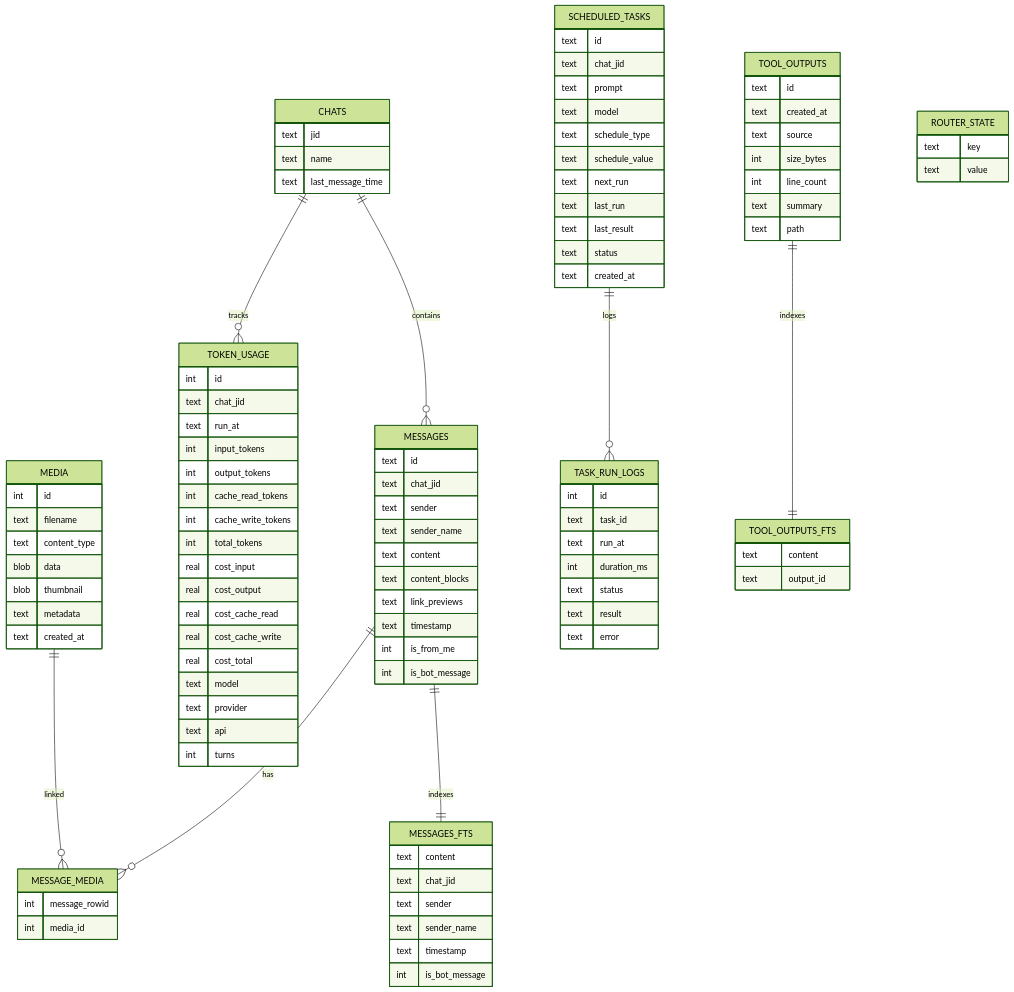
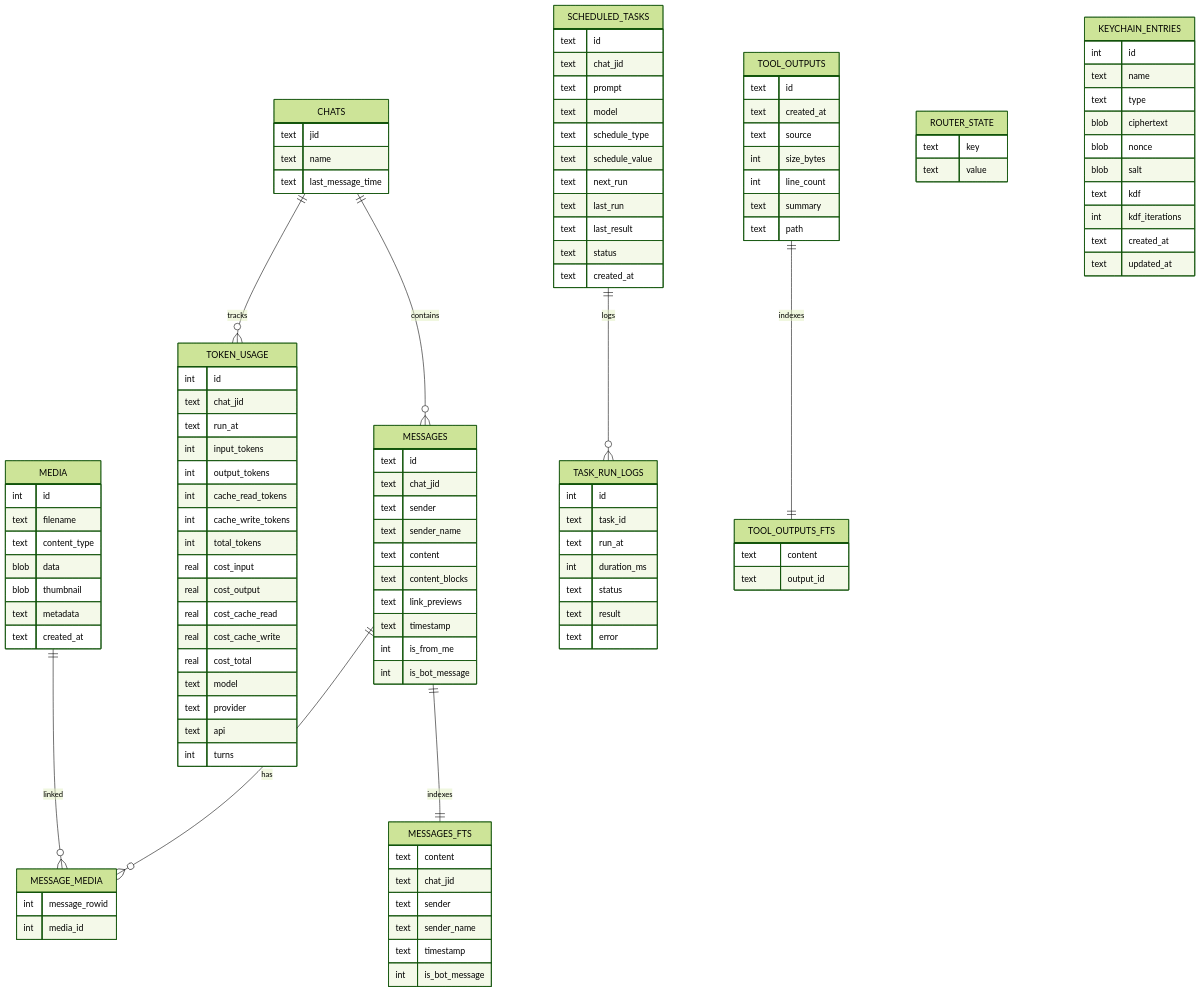
One commit to chris-tng/piclaw changed the diagram in docs/storage.md. Above: the diagram before and after it, drawn with Mermaid (forest theme). The commit also changed other lines of this file and 2 other files, not shown here.

Commit message:
Document keychain usage

````diff
--- a/docs/storage.md
+++ b/docs/storage.md
@@ -130,4 +131,16 @@
     text key
     text value
   }
+  KEYCHAIN_ENTRIES {
+    int id
+    text name
+    text type
+    blob ciphertext
+    blob nonce
+    blob salt
+    text kdf
+    int kdf_iterations
+    text created_at
+    text updated_at
+  }
 ```
````
